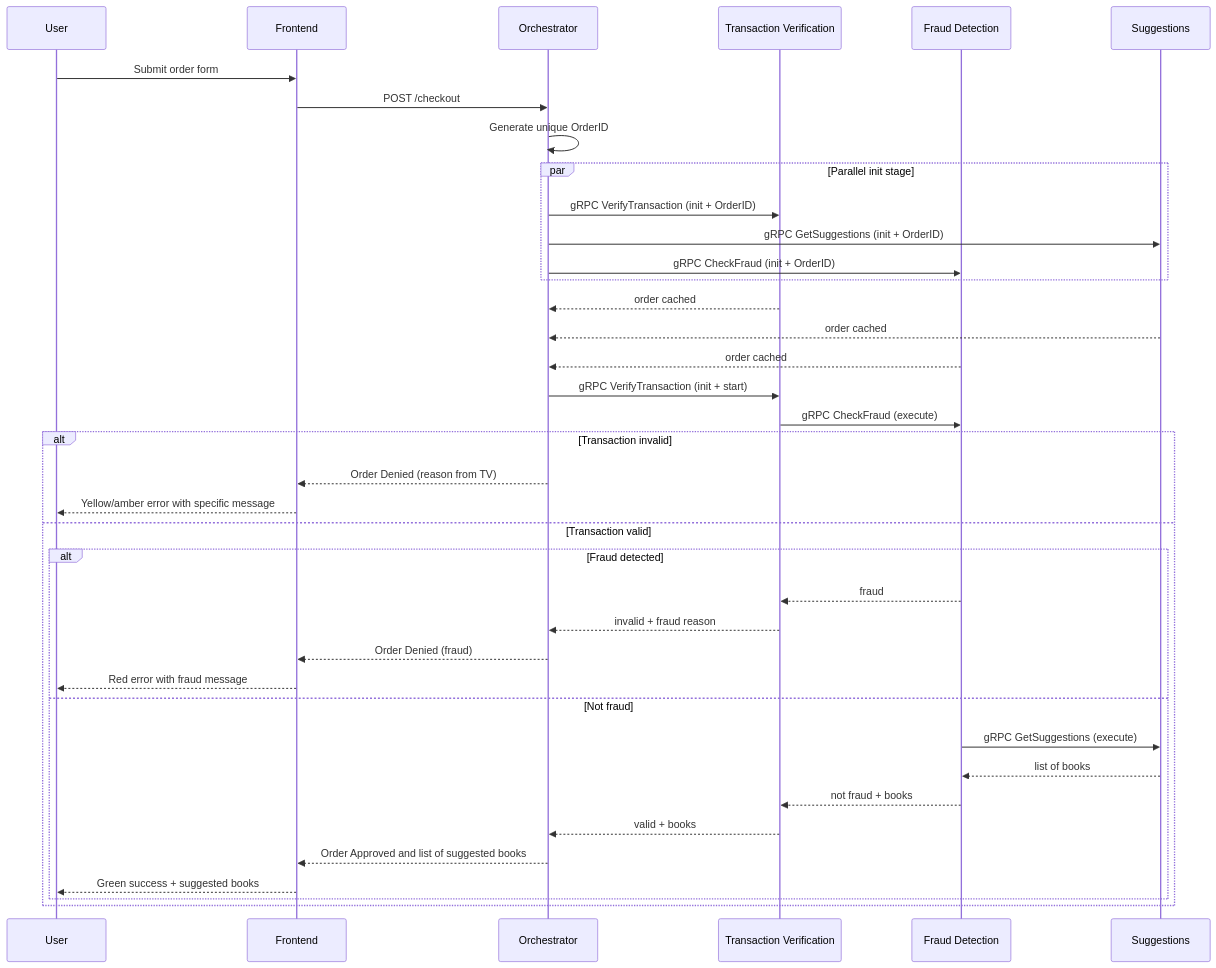
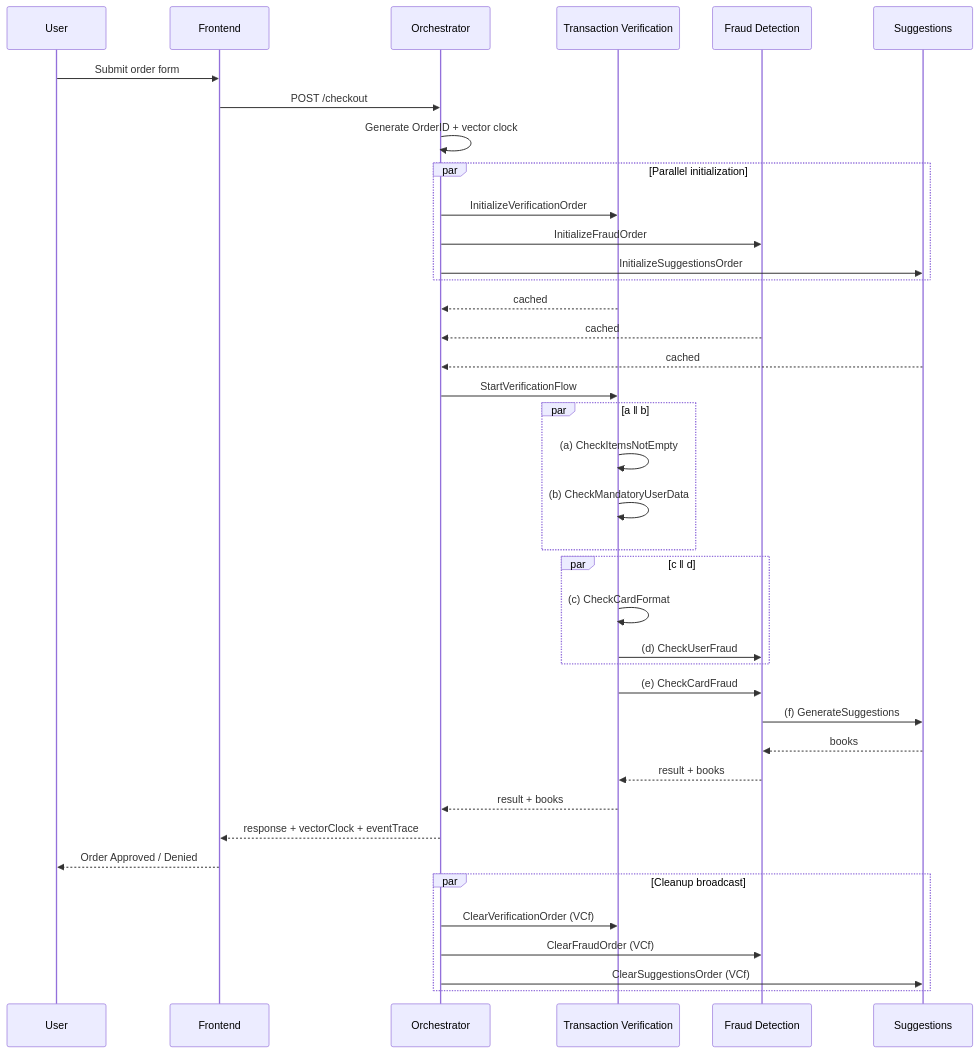
One commit to mobile-cloud-computing/ds-practice-2025 changed the second of 2 diagrams in README.md. Above: the diagram before and after it, drawn with Mermaid. The commit also changed other lines of this file and 22 other files, not shown here.

First line of the commit message:
Implement checkpoint-2 vector-clock event flow

````diff
--- a/README.md
+++ b/README.md
@@ -77,41 +55,48 @@
 ```mermaid
 sequenceDiagram
     participant U as User
     participant F as Frontend
     participant O as Orchestrator
     participant TV as Transaction Verification
     participant FD as Fraud Detection
     participant S as Suggestions
 
     U->>F: Submit order form
     F->>O: POST /checkout
-    O->>O: Generate unique OrderID
-    par Parallel init stage
-        O->>TV: gRPC VerifyTransaction (init + OrderID)
-        O->>S: gRPC GetSuggestions (init + OrderID)
-        O->>FD: gRPC CheckFraud (init + OrderID)
+    O->>O: Generate OrderID + vector clock
+
+    par Parallel initialization
+        O->>TV: InitializeVerificationOrder
+        O->>FD: InitializeFraudOrder
+        O->>S: InitializeSuggestionsOrder
     end
-    TV-->>O: order cached
-    S-->>O: order cached
-    FD-->>O: order cached
-    O->>TV: gRPC VerifyTransaction (init + start)
-    TV->>FD: gRPC CheckFraud (execute)
-    alt Transaction invalid
-        O-->>F: Order Denied (reason from TV)
-        F-->>U: Yellow/amber error with specific message
-    else Transaction valid
-        alt Fraud detected
-            FD-->>TV: fraud
-            TV-->>O: invalid + fraud reason
-            O-->>F: Order Denied (fraud)
-            F-->>U: Red error with fraud message
-        else Not fraud
-            FD->>S: gRPC GetSuggestions (execute)
-            S-->>FD: list of books
-            FD-->>TV: not fraud + books
-            TV-->>O: valid + books
-            O-->>F: Order Approved and list of suggested books
-            F-->>U: Green success + suggested books
-        end
+    TV-->>O: cached
+    FD-->>O: cached
+    S-->>O: cached
+
+    O->>TV: StartVerificationFlow
+
+    par a ‖ b
+        TV->>TV: (a) CheckItemsNotEmpty
+        TV->>TV: (b) CheckMandatoryUserData
+    end
+
+    par c ‖ d
+        TV->>TV: (c) CheckCardFormat
+        TV->>FD: (d) CheckUserFraud
+    end
+
+    TV->>FD: (e) CheckCardFraud
+    FD->>S: (f) GenerateSuggestions
+    S-->>FD: books
+    FD-->>TV: result + books
+    TV-->>O: result + books
+    O-->>F: response + vectorClock + eventTrace
+    F-->>U: Order Approved / Denied
+
+    par Cleanup broadcast
+        O->>TV: ClearVerificationOrder (VCf)
+        O->>FD: ClearFraudOrder (VCf)
+        O->>S: ClearSuggestionsOrder (VCf)
     end
 ```
````
